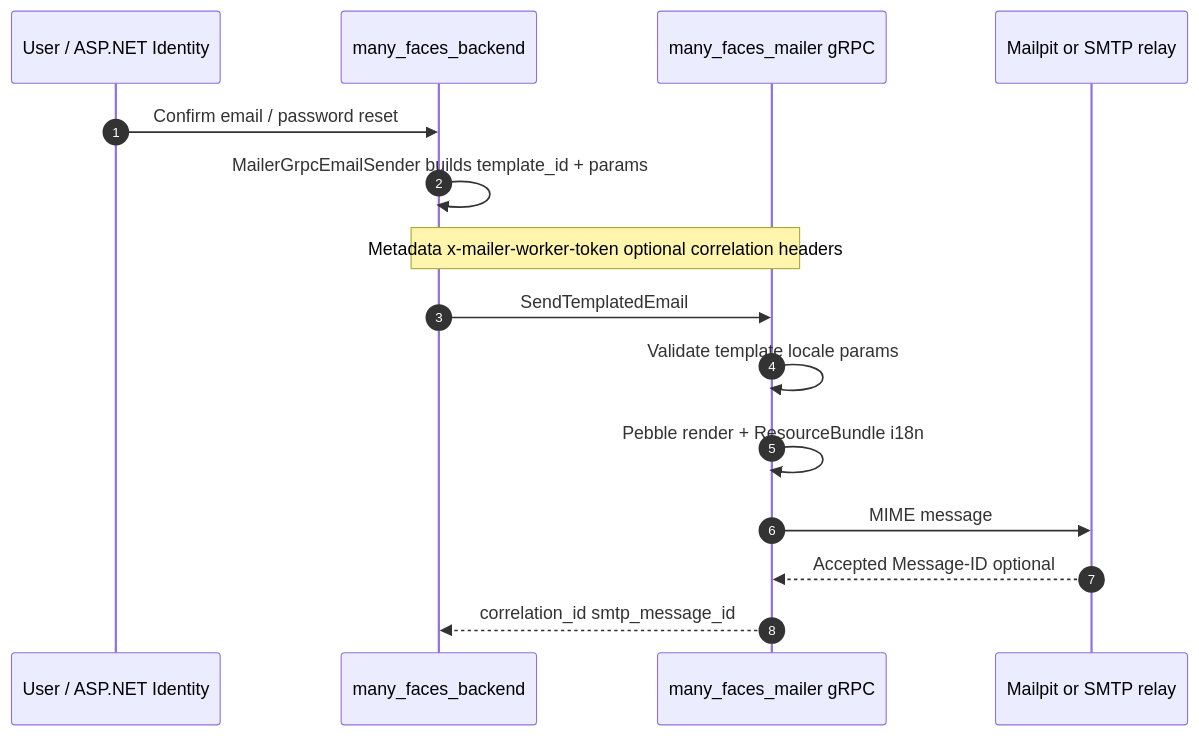
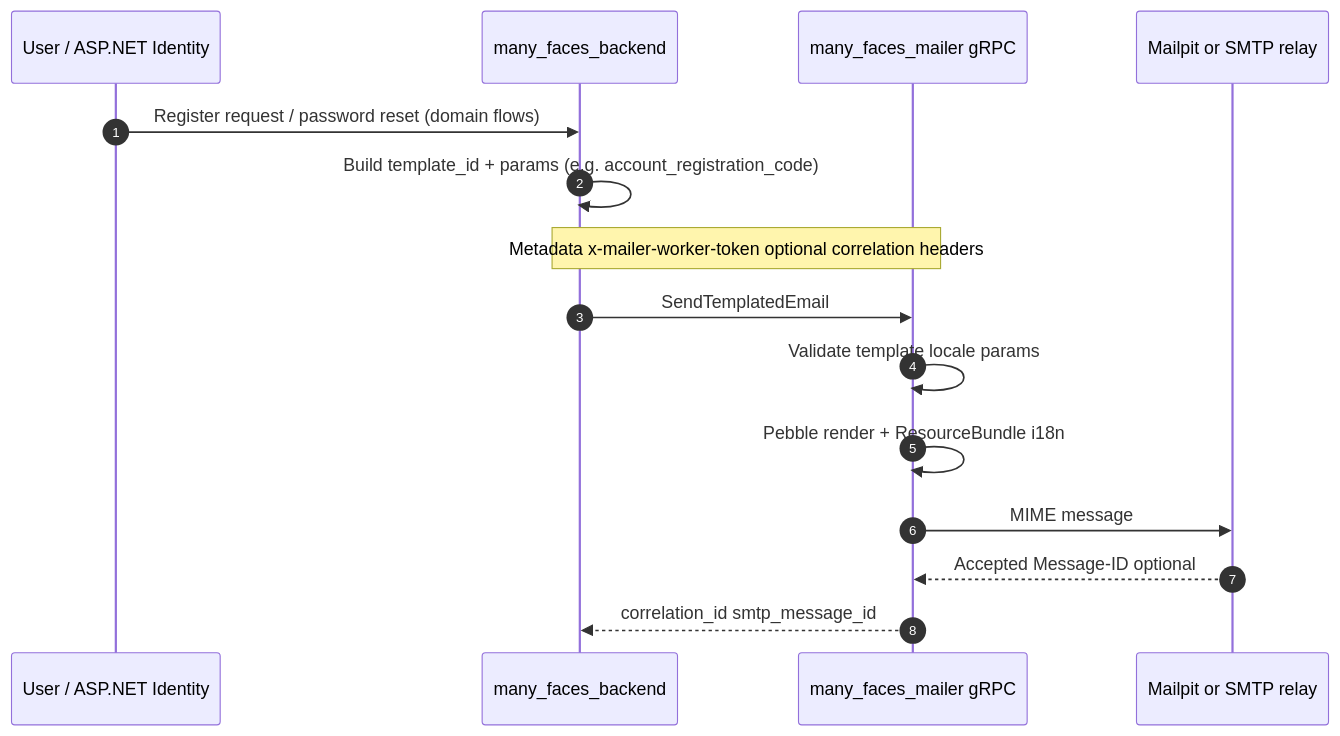
One commit to 01laky/mfai_demo changed the second of 14 diagrams in README.md. Above: the diagram before and after it, drawn with Mermaid. The commit also changed other lines of this file and 6 other files, not shown here.

First line of the commit message:
docs: email-code registration guide and submodule pointer bump

````diff
--- a/README.md
+++ b/README.md
@@ -79,18 +79,18 @@
 ```mermaid
 sequenceDiagram
     autonumber
     participant U as User / ASP.NET Identity
     participant API as many_faces_backend
     participant MW as many_faces_mailer gRPC
     participant S as Mailpit or SMTP relay
 
-    U->>API: Confirm email / password reset
-    API->>API: MailerGrpcEmailSender builds template_id + params
+    U->>API: Register request / password reset (domain flows)
+    API->>API: Build template_id + params (e.g. account_registration_code)
     Note over API,MW: Metadata x-mailer-worker-token optional correlation headers
     API->>MW: SendTemplatedEmail
     MW->>MW: Validate template locale params
     MW->>MW: Pebble render + ResourceBundle i18n
     MW->>S: MIME message
     S-->>MW: Accepted Message-ID optional
     MW-->>API: correlation_id smtp_message_id
 ```
````
